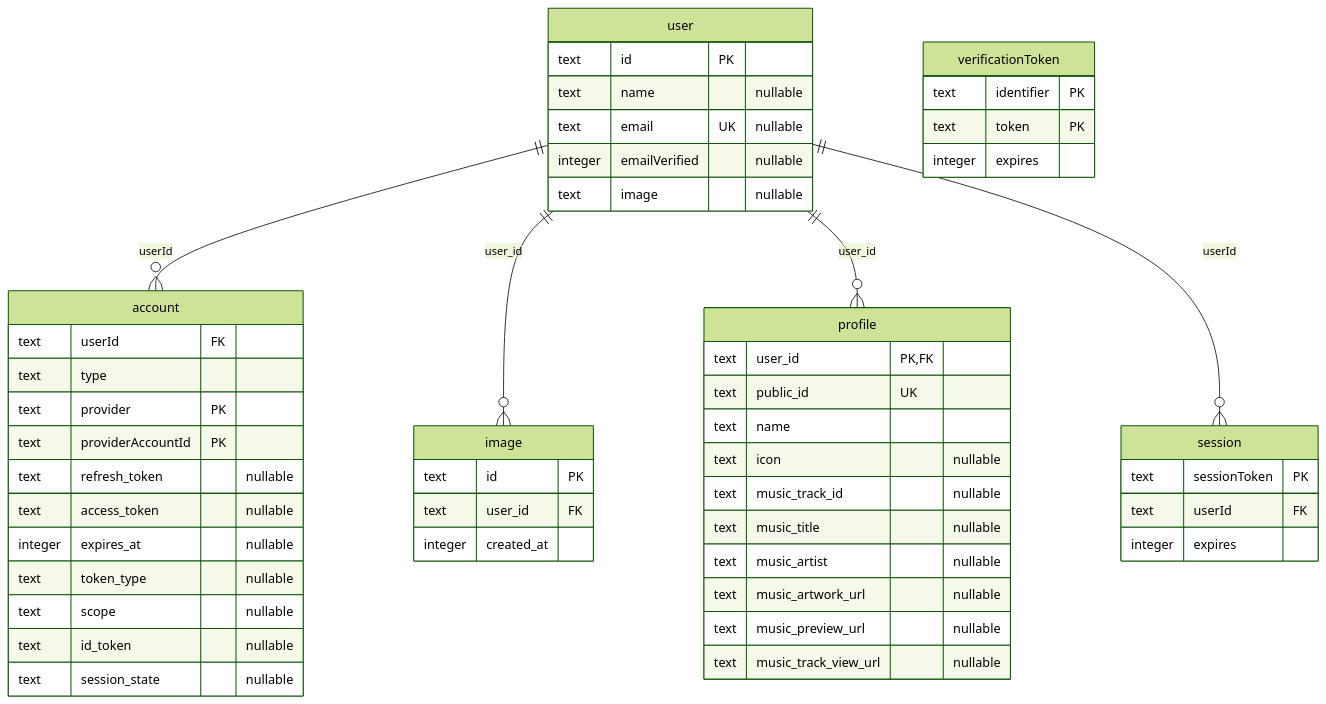
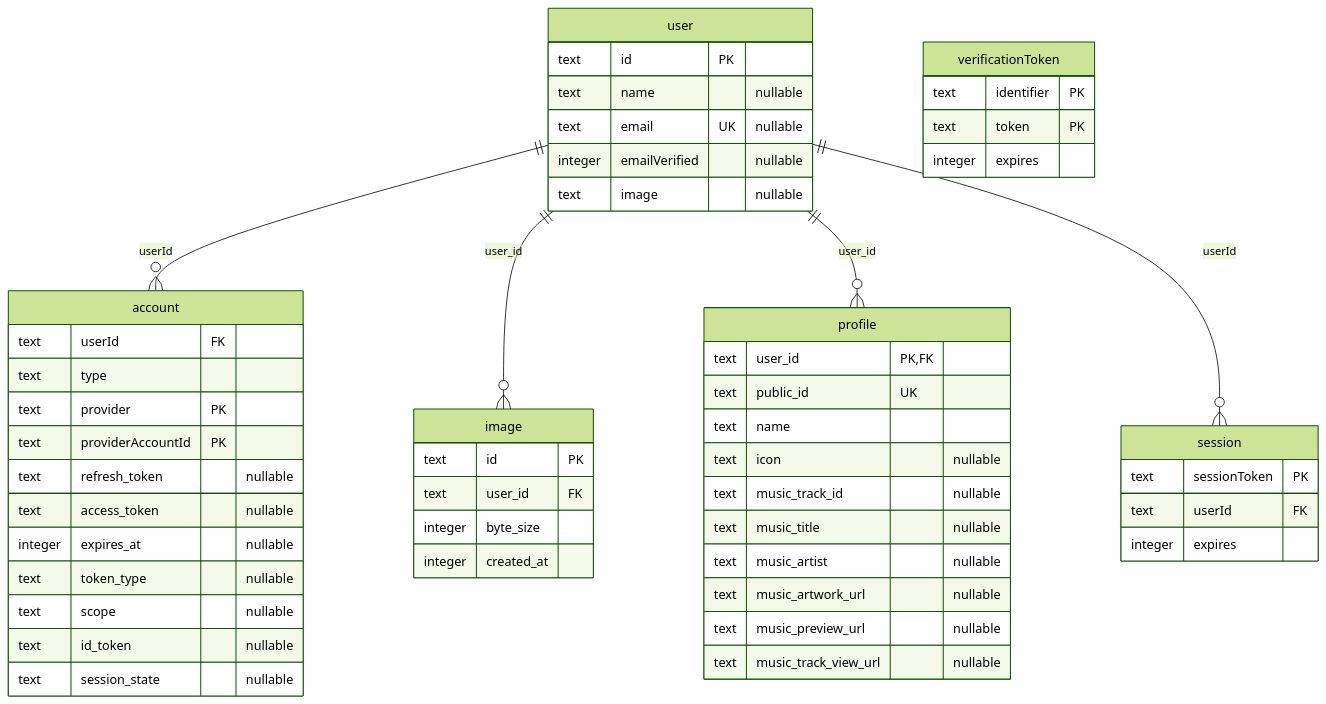
Before and after one commit to nito-008/oheya: the diagram in docs/er.md, drawn with Mermaid (forest theme). The commit also changed 6 other files, not shown here.

````diff
--- a/docs/er.md
+++ b/docs/er.md
@@ -6,54 +6,55 @@
 ```mermaid
 erDiagram
   account {
     text userId FK
     text type
     text provider PK
     text providerAccountId PK
     text refresh_token "nullable"
     text access_token "nullable"
     integer expires_at "nullable"
     text token_type "nullable"
     text scope "nullable"
     text id_token "nullable"
     text session_state "nullable"
   }
   image {
     text id PK
     text user_id FK
+    integer byte_size
     integer created_at
   }
   profile {
     text user_id PK,FK
     text public_id UK
     text name
     text icon "nullable"
     text music_track_id "nullable"
     text music_title "nullable"
     text music_artist "nullable"
     text music_artwork_url "nullable"
     text music_preview_url "nullable"
     text music_track_view_url "nullable"
   }
   session {
     text sessionToken PK
     text userId FK
     integer expires
   }
   user {
     text id PK
     text name "nullable"
     text email UK "nullable"
     integer emailVerified "nullable"
     text image "nullable"
   }
   verificationToken {
     text identifier PK
     text token PK
     integer expires
   }
   user ||--o{ account : "userId"
   user ||--o{ image : "user_id"
   user ||--o{ profile : "user_id"
   user ||--o{ session : "userId"
 ```
````
